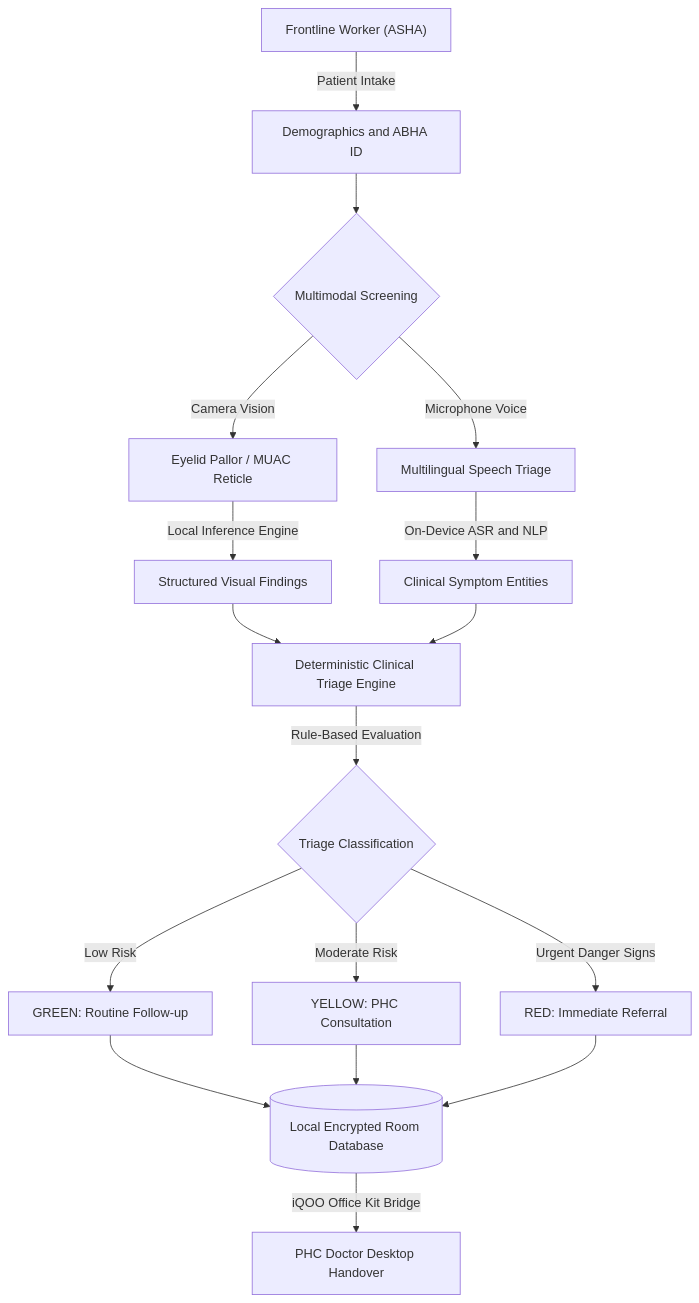
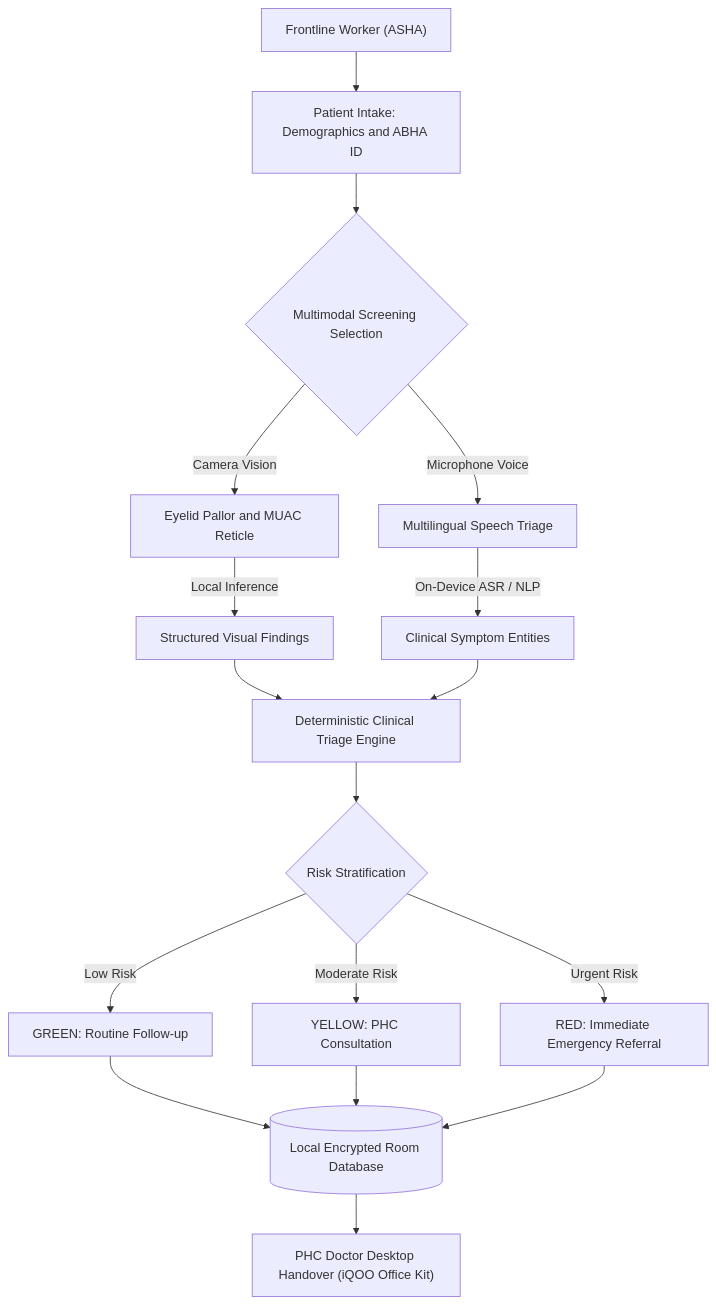
The first of 4 diagrams in README.md (SarthakNC/Nidan-AI---IQOO-INDIA-HACKATHON-IDEA-SUBMISSION), drawn with Mermaid before and after one commit. The commit also changed other lines of this file, not shown here.

First line of the commit message:
docs: update system architecture diagram in README

````diff
--- a/README.md
+++ b/README.md
@@ -47,25 +47,25 @@
 ```mermaid
 flowchart TD
-    A["Frontline Worker (ASHA)"] -->|"Patient Intake"| B["Demographics and ABHA ID"]
-    B --> C{"Multimodal Screening"}
+    A["Frontline Worker (ASHA)"] --> B["Patient Intake: Demographics and ABHA ID"]
+    B --> C{"Multimodal Screening Selection"}
     
-    C -->|"Camera Vision"| D["Eyelid Pallor / MUAC Reticle"]
+    C -->|"Camera Vision"| D["Eyelid Pallor and MUAC Reticle"]
     C -->|"Microphone Voice"| E["Multilingual Speech Triage"]
     
-    D -->|"Local Inference Engine"| F["Structured Visual Findings"]
-    E -->|"On-Device ASR and NLP"| G["Clinical Symptom Entities"]
+    D -->|"Local Inference"| F["Structured Visual Findings"]
+    E -->|"On-Device ASR / NLP"| G["Clinical Symptom Entities"]
     
     F --> H["Deterministic Clinical Triage Engine"]
     G --> H
     
-    H -->|"Rule-Based Evaluation"| I{"Triage Classification"}
+    H --> I{"Risk Stratification"}
     I -->|"Low Risk"| J["GREEN: Routine Follow-up"]
     I -->|"Moderate Risk"| K["YELLOW: PHC Consultation"]
-    I -->|"Urgent Danger Signs"| L["RED: Immediate Referral"]
+    I -->|"Urgent Risk"| L["RED: Immediate Emergency Referral"]
     
     J --> M[("Local Encrypted Room Database")]
     K --> M
     L --> M
     
-    M -->|"iQOO Office Kit Bridge"| N["PHC Doctor Desktop Handover"]
+    M --> N["PHC Doctor Desktop Handover (iQOO Office Kit)"]
 ```
````
